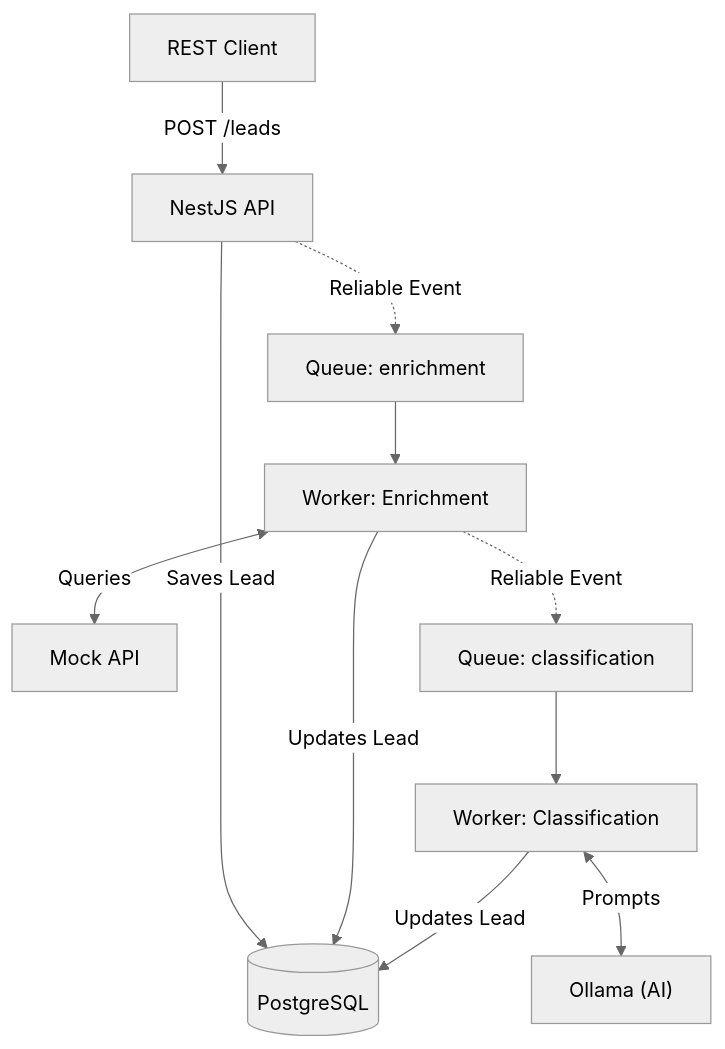
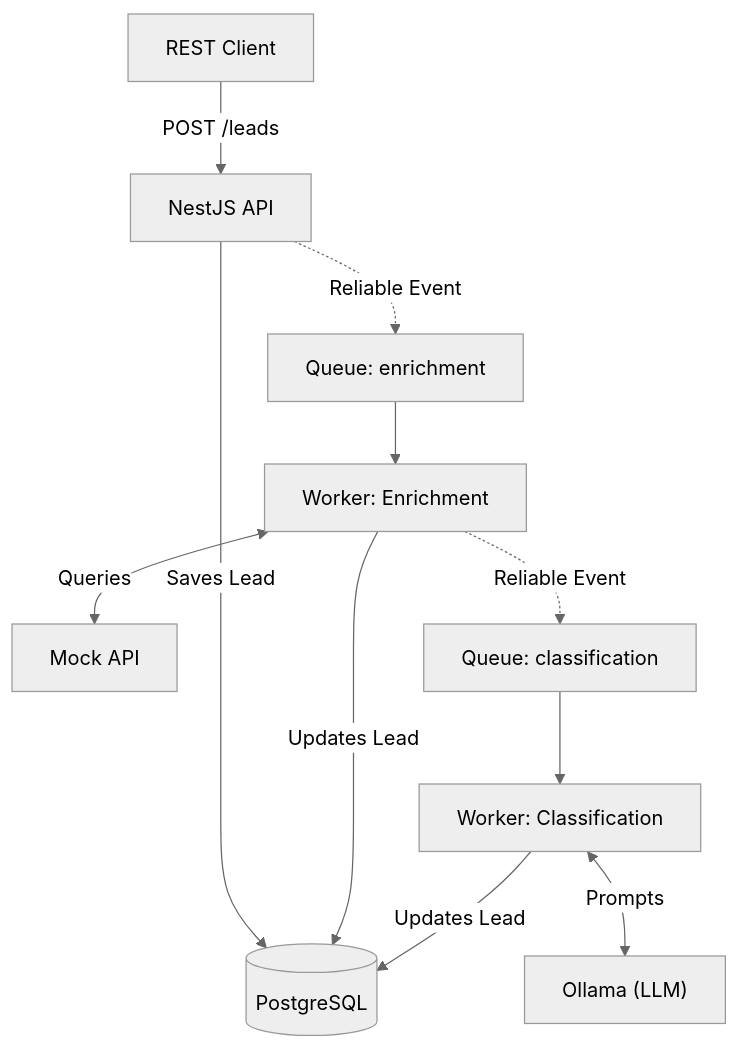
The first of 3 diagrams in README.md (luluopa/semantic-lead-intelligence-engine), drawn with Mermaid (neutral theme) before and after one commit. The commit also changed 8 other files, not shown here.

Commit message:
docs: update terminology in README and README.pt-BR to replace 'Ollama (AI)' with 'Ollama (LLM)' for consistency

````diff
--- a/README.md
+++ b/README.md
@@ -39,16 +39,16 @@
 ```mermaid
 flowchart TD
     Client["REST Client"] -->|POST /leads| API["NestJS API"]
     
     API -->|Saves Lead| DB[(PostgreSQL)]
     API -.->|Reliable Event| Q_Enrich["Queue: enrichment"]
     
     Q_Enrich --> W_Enrich["Worker: Enrichment"]
     W_Enrich <-->|Queries| MockAPI["Mock API"]
     W_Enrich -->|Updates Lead| DB
     W_Enrich -.->|Reliable Event| Q_Class["Queue: classification"]
     
     Q_Class --> W_Class["Worker: Classification"]
-    W_Class <-->|Prompts| Ollama["Ollama (AI)"]
+    W_Class <-->|Prompts| Ollama["Ollama (LLM)"]
     W_Class -->|Updates Lead| DB
 ```
````
